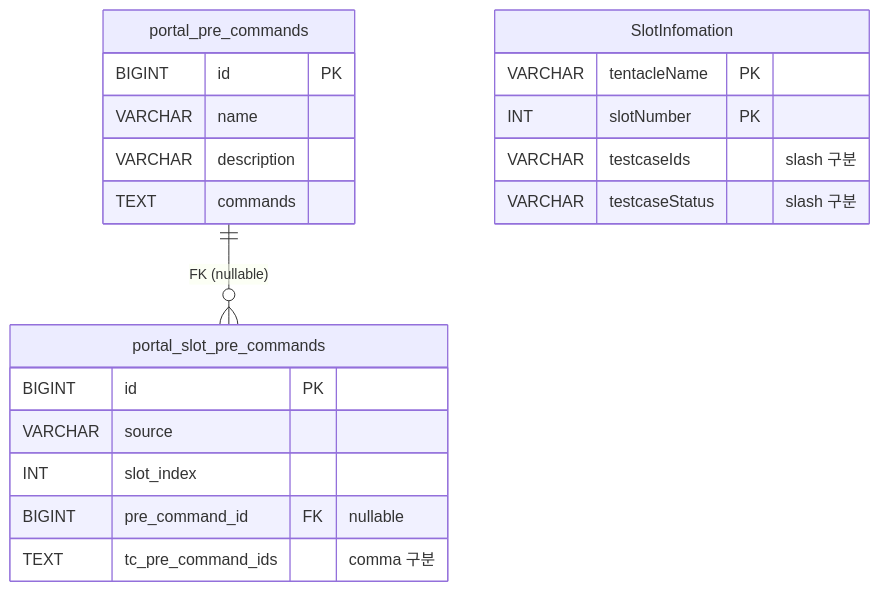
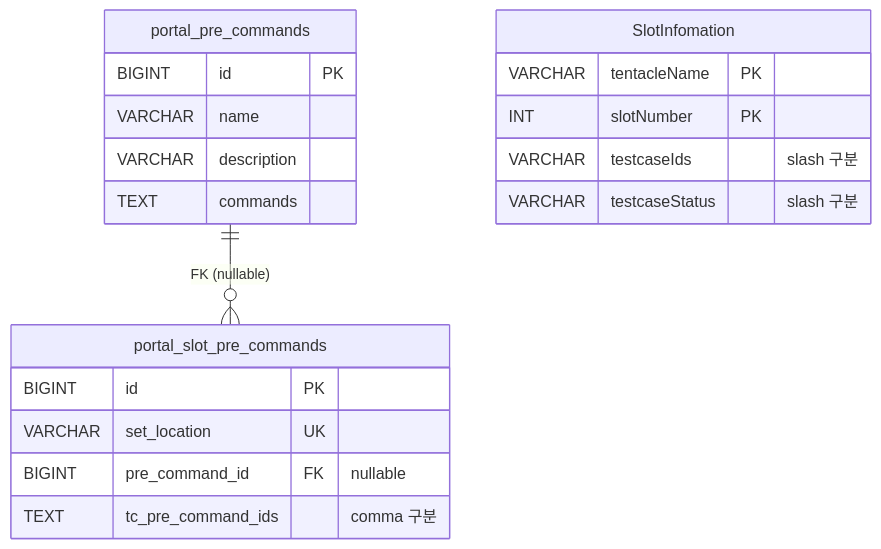
Before and after one commit to kakaromo/kakaromo.github.io: the second of 3 diagrams in src/content/docs/architecture/pre-command.md, drawn with Mermaid. The commit also changed other lines of this file and 3 other files, not shown here.

First line of the commit message:
docs: Pre-Command 문서 setLocation 기반으로 전면 업데이트

````diff
--- a/src/content/docs/architecture/pre-command.md
+++ b/src/content/docs/architecture/pre-command.md
@@ -90,26 +89,25 @@
 ```mermaid
 erDiagram
     portal_pre_commands ||--o{ portal_slot_pre_commands : "FK (nullable)"
 
     portal_pre_commands {
         BIGINT id PK
         VARCHAR name
         VARCHAR description
         TEXT commands
     }
 
     portal_slot_pre_commands {
         BIGINT id PK
-        VARCHAR source
-        INT slot_index
+        VARCHAR set_location UK
         BIGINT pre_command_id FK "nullable"
         TEXT tc_pre_command_ids "comma 구분"
     }
 
     SlotInfomation {
         VARCHAR tentacleName PK
         INT slotNumber PK
         VARCHAR testcaseIds "slash 구분"
         VARCHAR testcaseStatus "slash 구분"
     }
 ```
````
